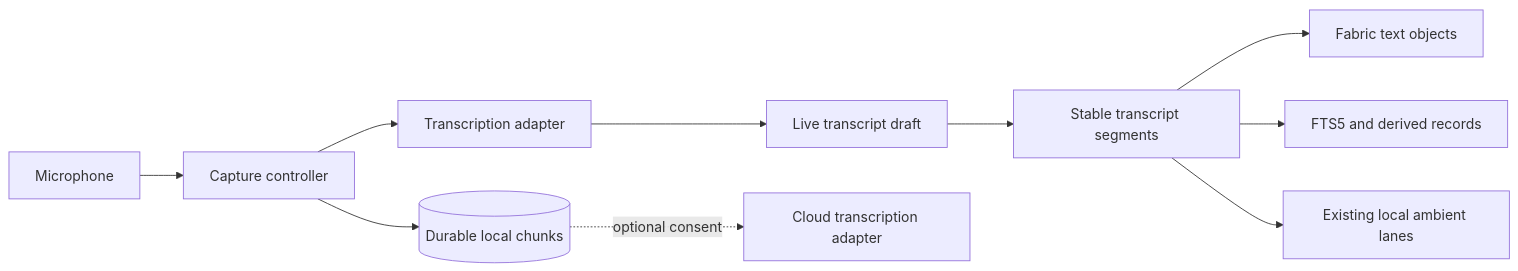
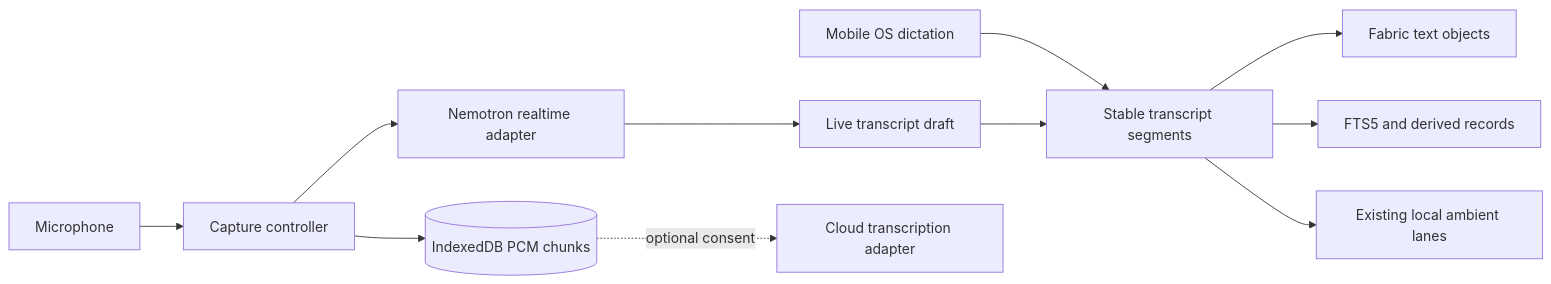
One commit to abhisheksreesaila/personalnote changed the second of 2 diagrams in docs/PRODUCT-BRIEF.md. Above: the diagram before and after it, drawn with Mermaid. The commit also changed other lines of this file and 39 other files, not shown here.

````diff
--- a/docs/PRODUCT-BRIEF.md
+++ b/docs/PRODUCT-BRIEF.md
@@ -124,12 +141,13 @@
 ```mermaid
 flowchart LR
     Mic[Microphone] --> Capture[Capture controller]
-    Capture --> LocalBuffer[(Durable local chunks)]
-    Capture --> STT[Transcription adapter]
+    Capture --> LocalBuffer[(IndexedDB PCM chunks)]
+    Capture --> STT[Nemotron realtime adapter]
+    OS[Mobile OS dictation] --> Stable
     STT --> Draft[Live transcript draft]
     Draft --> Stable[Stable transcript segments]
     Stable --> Canvas[Fabric text objects]
     Stable --> Index[FTS5 and derived records]
     Stable --> Ambient[Existing local ambient lanes]
     LocalBuffer -. optional consent .-> CloudSTT[Cloud transcription adapter]
 ```
````
